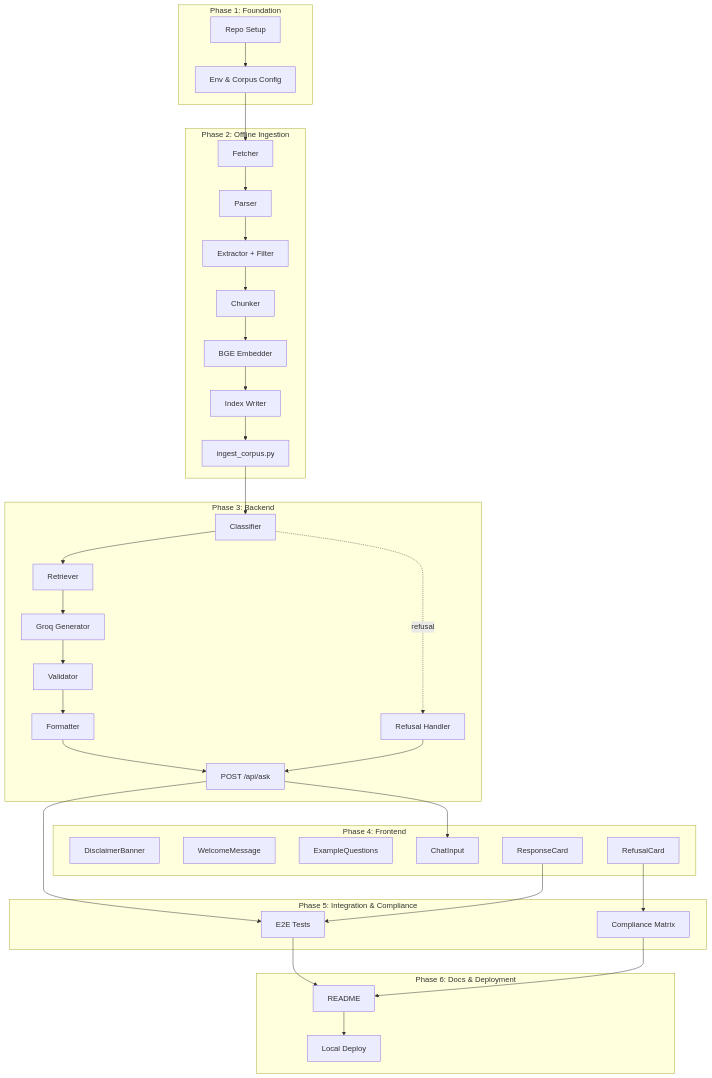
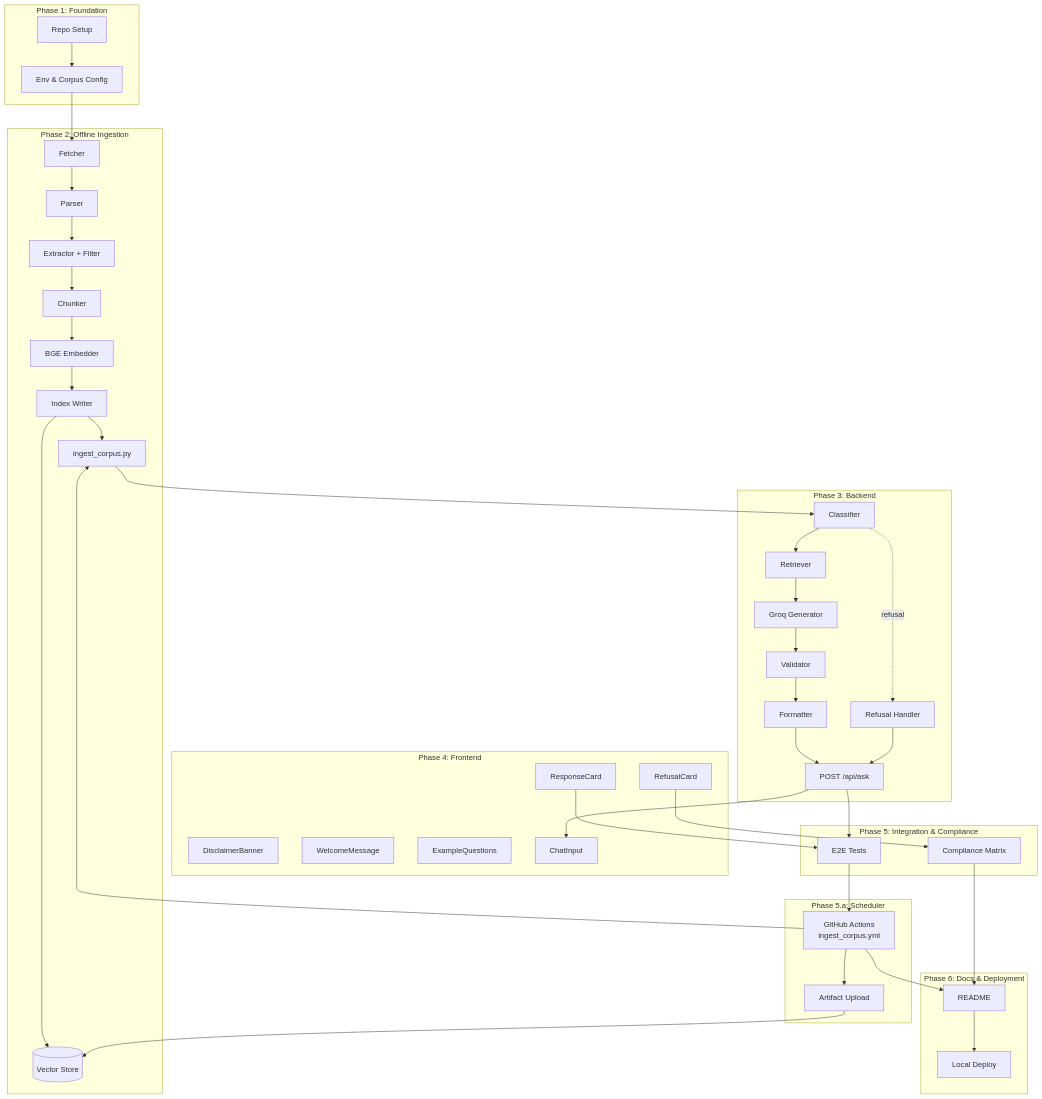
One commit to KarthikBattaram19/Mutual_Fund_Chat_Bot changed the second of 2 diagrams in Docs/implementation_plan.md. Above: the diagram before and after it, drawn with Mermaid. The commit also changed other lines of this file and 5 other files, not shown here.

First line of the commit message:
Add GitHub Actions daily ingestion scheduler (Phase 5.a).

````diff
--- a/Docs/implementation_plan.md
+++ b/Docs/implementation_plan.md
@@ -430,46 +516,56 @@
 ```mermaid
 flowchart TB
     subgraph P1["Phase 1: Foundation"]
         S1[Repo Setup]
         ENV[Env & Corpus Config]
         S1 --> ENV
     end
 
     subgraph P2["Phase 2: Offline Ingestion"]
         F1[Fetcher] --> P1a[Parser] --> E1[Extractor + Filter] --> C1[Chunker] --> B1[BGE Embedder] --> I1[Index Writer] --> CLI[ingest_corpus.py]
+        I1 --> VS[(Vector Store)]
     end
 
     subgraph P3["Phase 3: Backend"]
         CL[Classifier] --> RT[Retriever] --> GN[Groq Generator] --> VL[Validator] --> FM[Formatter] --> API[POST /api/ask]
         CL -.refusal.-> RF[Refusal Handler] --> API
     end
 
     subgraph P4["Phase 4: Frontend"]
         DB[DisclaimerBanner]
         WM[WelcomeMessage]
         EQ[ExampleQuestions]
         CI[ChatInput]
         RC[ResponseCard]
         RFC[RefusalCard]
     end
 
     subgraph P5["Phase 5: Integration & Compliance"]
         E2E[E2E Tests]
         CMP[Compliance Matrix]
     end
 
+    subgraph P5a["Phase 5.a: Scheduler"]
+        GHA[GitHub Actions<br/>ingest_corpus.yml]
+        ART[Artifact Upload]
+        GHA --> ART
+    end
+
     subgraph P6["Phase 6: Docs & Deployment"]
         RD[README]
         DEP[Local Deploy]
     end
 
     ENV --> F1
     CLI --> CL
+    GHA --> CLI
     API --> CI
     API --> E2E
     RC --> E2E
     RFC --> CMP
-    E2E --> RD
+    E2E --> GHA
+    ART --> VS
+    GHA --> RD
     CMP --> RD
     RD --> DEP
 ```
````
